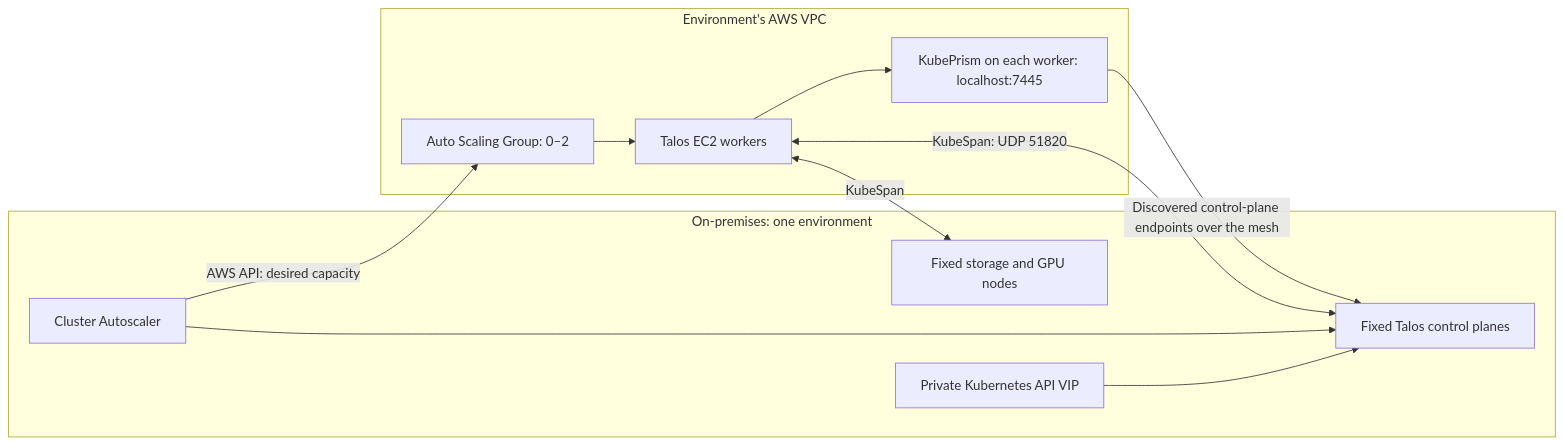
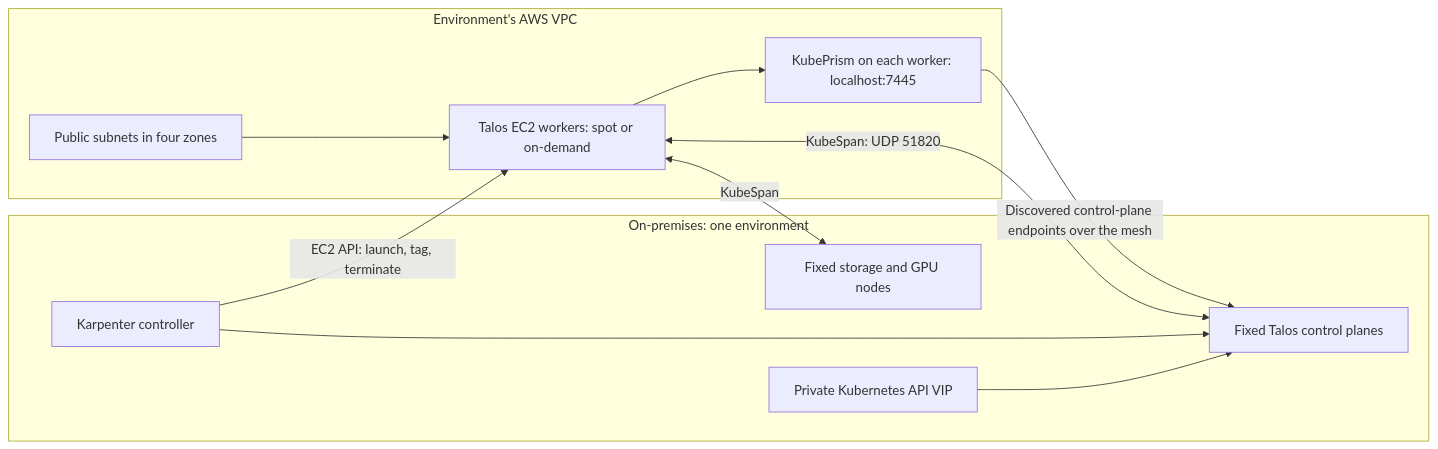
Before and after one commit to phuchoang2603/talos-proxmox: the first of 2 diagrams in docs/architecture/hybrid-aws-workers.md, drawn with Mermaid. The commit also changed other lines of this file and 45 other files, not shown here.

First line of the commit message:
Replace Cluster Autoscaler and burst ASG with Karpenter for AWS workers

````diff
--- a/docs/architecture/hybrid-aws-workers.md
+++ b/docs/architecture/hybrid-aws-workers.md
@@ -9,22 +9,22 @@
 ```mermaid
 flowchart LR
     subgraph LAN["On-premises: one environment"]
         CP["Fixed Talos control planes"]
         Fixed["Fixed storage and GPU nodes"]
-        CA["Cluster Autoscaler"]
+        KP["Karpenter controller"]
         VIP["Private Kubernetes API VIP"]
         VIP --> CP
-        CA --> CP
+        KP --> CP
     end
     subgraph AWS["Environment's AWS VPC"]
-        ASG["Auto Scaling Group: 0–2"]
-        Worker["Talos EC2 workers"]
+        Sub["Public subnets in four zones"]
+        Worker["Talos EC2 workers: spot or on-demand"]
         Prism["KubePrism on each worker: localhost:7445"]
-        ASG --> Worker
+        Sub --> Worker
         Worker --> Prism
     end
-    CA -->|"AWS API: desired capacity"| ASG
+    KP -->|"EC2 API: launch, tag, terminate"| Worker
     Worker <-->|"KubeSpan: UDP 51820"| CP
     Worker <-->|"KubeSpan"| Fixed
     Prism -->|"Discovered control-plane endpoints over the mesh"| CP
 ```
````
